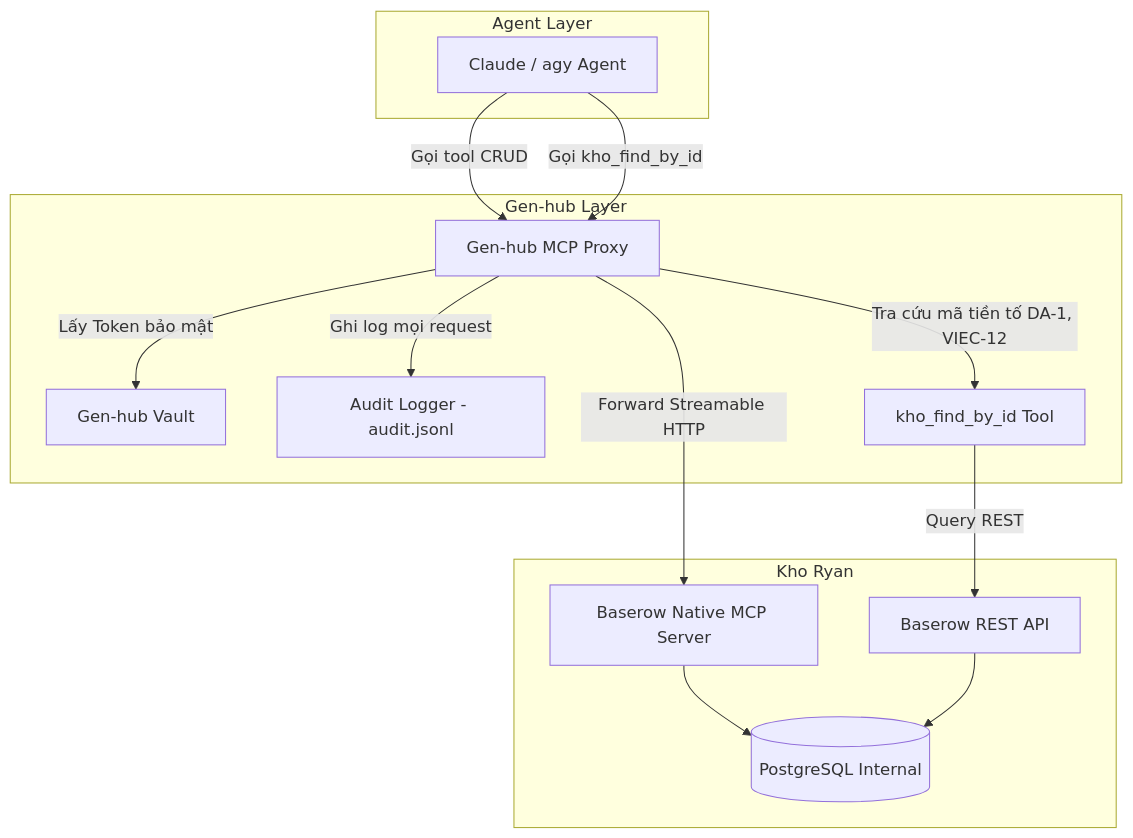
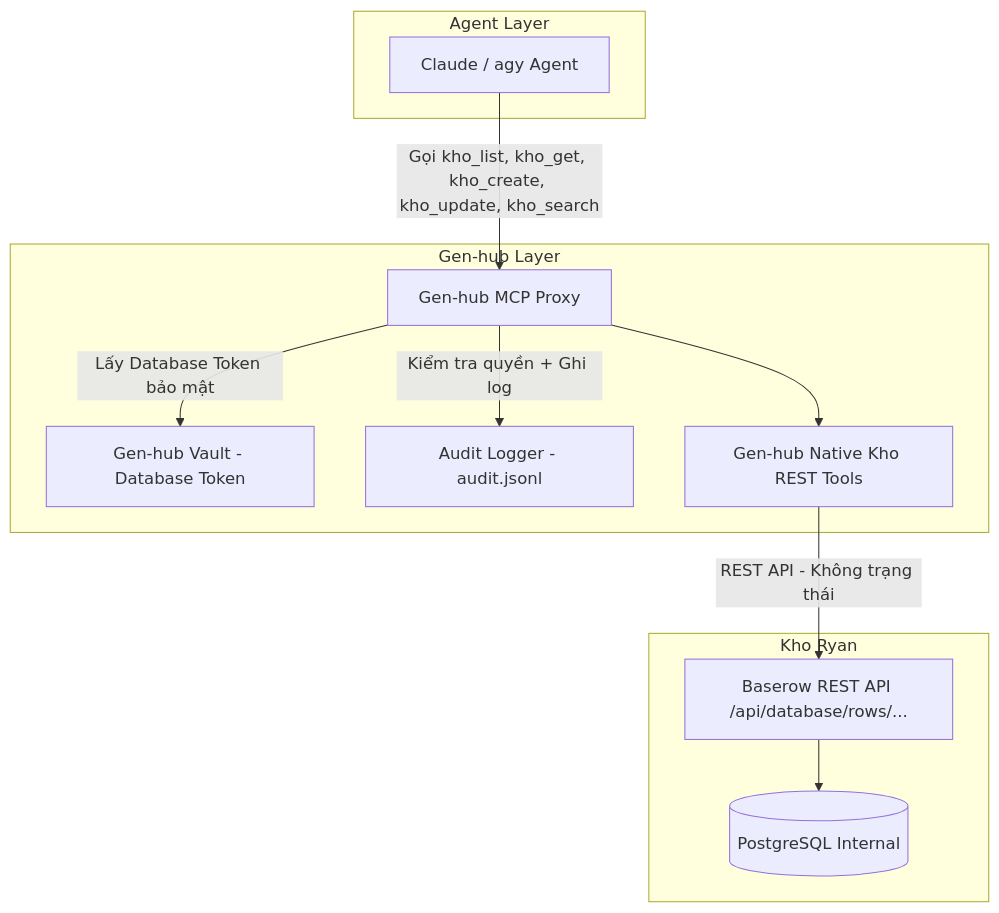
One commit to Genesis-ryan-84-0567536339/Gen-hub changed the first of 2 diagrams in docs/KHO_DESIGN.md. Above: the diagram before and after it, drawn with Mermaid. The commit also changed other lines of this file and 9 other files, not shown here.

Commit message:
feat(kho): chuyển sang bộ tool REST mỏng native cho Kho Ryan và ghim baserow 2.3.4 (Refs #125)

````diff
--- a/docs/KHO_DESIGN.md
+++ b/docs/KHO_DESIGN.md
@@ -64,29 +66,25 @@
 ```mermaid
 flowchart TD
     subgraph Agent Layer
         Claude[Claude / agy Agent]
     end
 
     subgraph Gen-hub Layer
         Proxy[Gen-hub MCP Proxy]
-        Vault[Gen-hub Vault]
+        Vault[Gen-hub Vault - Database Token]
         Audit[Audit Logger - audit.jsonl]
-        FindTool[kho_find_by_id Tool]
+        KhoTools[Gen-hub Native Kho REST Tools]
     end
 
     subgraph Kho Ryan
-        BaserowMCP[Baserow Native MCP Server]
-        BaserowAPI[Baserow REST API]
+        BaserowAPI[Baserow REST API /api/database/rows/...]
         BaserowDB[(PostgreSQL Internal)]
     end
 
-    Claude -->|Gọi tool CRUD| Proxy
-    Claude -->|Gọi kho_find_by_id| Proxy
-    Proxy -->|Ghi log mọi request| Audit
-    Proxy -->|Lấy Token bảo mật| Vault
-    Proxy -->|Forward Streamable HTTP| BaserowMCP
-    Proxy -->|Tra cứu mã tiền tố DA-1, VIEC-12| FindTool
-    FindTool -->|Query REST| BaserowAPI
-    BaserowMCP --> BaserowDB
+    Claude -->|Gọi kho_list, kho_get, kho_create, kho_update, kho_search| Proxy
+    Proxy -->|Kiểm tra quyền + Ghi log| Audit
+    Proxy -->|Lấy Database Token bảo mật| Vault
+    Proxy --> KhoTools
+    KhoTools -->|REST API - Không trạng thái| BaserowAPI
     BaserowAPI --> BaserowDB
 ```
````
